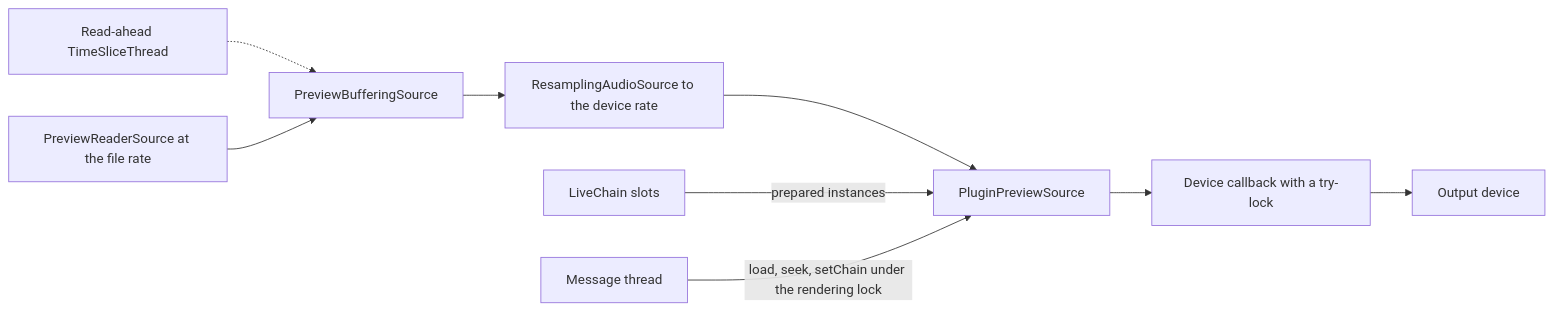
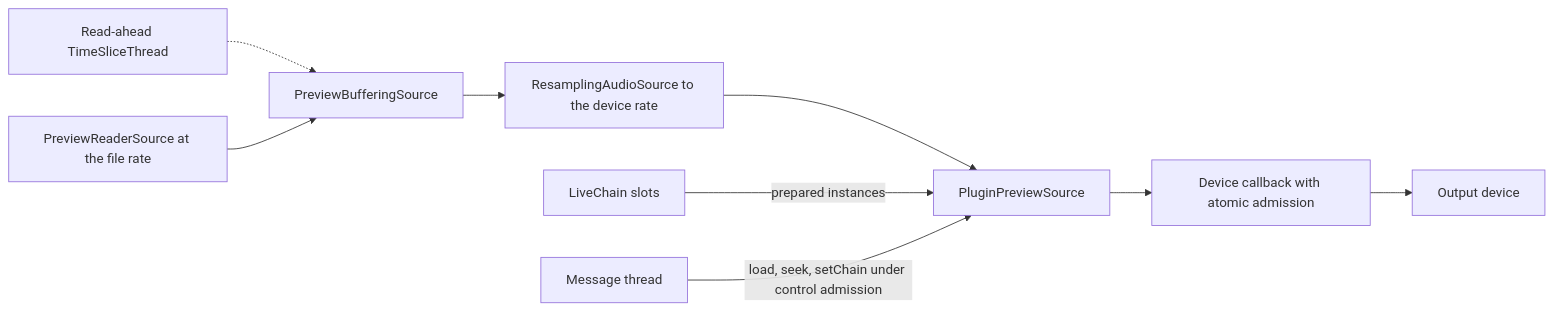
One commit to Esgrove/AudioBatch changed the sixth of 7 diagrams in cpp/ARCHITECTURE.md. Above: the diagram before and after it, drawn with Mermaid. The commit also changed other lines of this file and 21 other files, not shown here.

````diff
--- a/cpp/ARCHITECTURE.md
+++ b/cpp/ARCHITECTURE.md
@@ -467,17 +467,17 @@
 ```mermaid
 flowchart LR
     reader["PreviewReaderSource at the file rate"]
     buffering["PreviewBufferingSource"]
     readAhead["Read-ahead TimeSliceThread"]
     resampler["ResamplingAudioSource to the device rate"]
     preview["PluginPreviewSource"]
-    callback["Device callback with a try-lock"]
+    callback["Device callback with atomic admission"]
     device["Output device"]
     chain["LiveChain slots"]
     messageThread["Message thread"]
 
     readAhead -.-> buffering
     reader --> buffering --> resampler --> preview --> callback --> device
     chain -->|"prepared instances"| preview
-    messageThread -->|"load, seek, setChain under the rendering lock"| preview
+    messageThread -->|"load, seek, setChain under control admission"| preview
 ```
````
